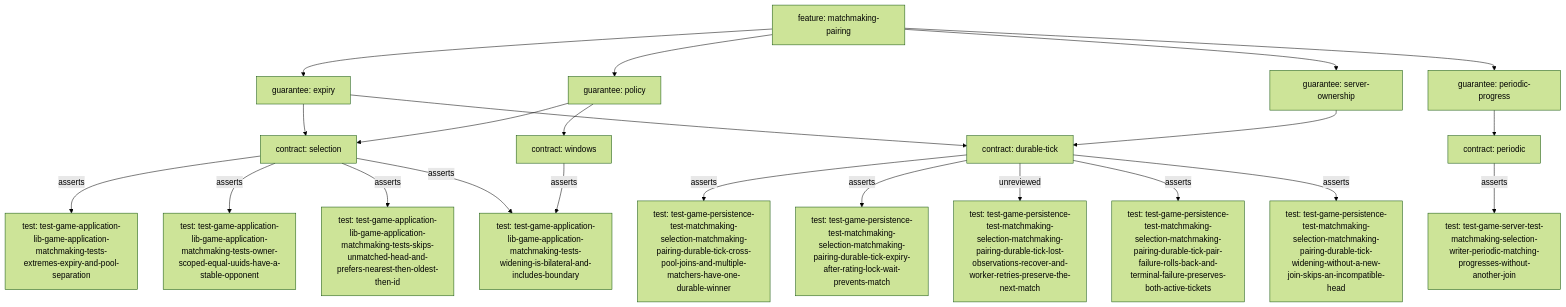
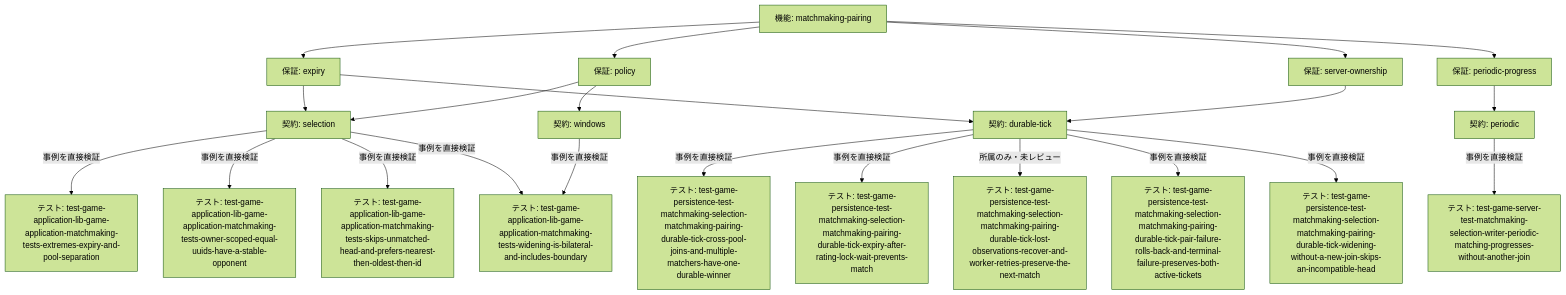
One commit to take44444/shogi-backend changed the diagram in docs/reference/traceability/matchmaking-pairing.md. Above: the diagram before and after it, drawn with Mermaid (forest theme). The commit also changed other lines of this file and 204 other files, not shown here.

````diff
--- a/docs/reference/traceability/matchmaking-pairing.md
+++ b/docs/reference/traceability/matchmaking-pairing.md
@@ -33,43 +33,43 @@
 ```mermaid
 flowchart TD
-    n0["feature: matchmaking-pairing"]
-    n1["guarantee: expiry"]
-    n2["guarantee: periodic-progress"]
-    n3["guarantee: policy"]
-    n4["guarantee: server-ownership"]
-    n5["contract: durable-tick"]
-    n6["contract: periodic"]
-    n7["contract: selection"]
-    n8["contract: windows"]
-    n9["test: test-game-application-lib-game-application-matchmaking-tests-extremes-expiry-and-pool-separation"]
-    n10["test: test-game-application-lib-game-application-matchmaking-tests-owner-scoped-equal-uuids-have-a-stable-opponent"]
-    n11["test: test-game-application-lib-game-application-matchmaking-tests-skips-unmatched-head-and-prefers-nearest-then-oldest-then-id"]
-    n12["test: test-game-application-lib-game-application-matchmaking-tests-widening-is-bilateral-and-includes-boundary"]
-    n13["test: test-game-persistence-test-matchmaking-selection-matchmaking-pairing-durable-tick-cross-pool-joins-and-multiple-matchers-have-one-durable-winner"]
-    n14["test: test-game-persistence-test-matchmaking-selection-matchmaking-pairing-durable-tick-expiry-after-rating-lock-wait-prevents-match"]
-    n15["test: test-game-persistence-test-matchmaking-selection-matchmaking-pairing-durable-tick-lost-observations-recover-and-worker-retries-preserve-the-next-match"]
-    n16["test: test-game-persistence-test-matchmaking-selection-matchmaking-pairing-durable-tick-pair-failure-rolls-back-and-terminal-failure-preserves-both-active-tickets"]
-    n17["test: test-game-persistence-test-matchmaking-selection-matchmaking-pairing-durable-tick-widening-without-a-new-join-skips-an-incompatible-head"]
-    n18["test: test-game-server-test-matchmaking-selection-writer-periodic-matching-progresses-without-another-join"]
+    n0["機能: matchmaking-pairing"]
+    n1["保証: expiry"]
+    n2["保証: periodic-progress"]
+    n3["保証: policy"]
+    n4["保証: server-ownership"]
+    n5["契約: durable-tick"]
+    n6["契約: periodic"]
+    n7["契約: selection"]
+    n8["契約: windows"]
+    n9["テスト: test-game-application-lib-game-application-matchmaking-tests-extremes-expiry-and-pool-separation"]
+    n10["テスト: test-game-application-lib-game-application-matchmaking-tests-owner-scoped-equal-uuids-have-a-stable-opponent"]
+    n11["テスト: test-game-application-lib-game-application-matchmaking-tests-skips-unmatched-head-and-prefers-nearest-then-oldest-then-id"]
+    n12["テスト: test-game-application-lib-game-application-matchmaking-tests-widening-is-bilateral-and-includes-boundary"]
+    n13["テスト: test-game-persistence-test-matchmaking-selection-matchmaking-pairing-durable-tick-cross-pool-joins-and-multiple-matchers-have-one-durable-winner"]
+    n14["テスト: test-game-persistence-test-matchmaking-selection-matchmaking-pairing-durable-tick-expiry-after-rating-lock-wait-prevents-match"]
+    n15["テスト: test-game-persistence-test-matchmaking-selection-matchmaking-pairing-durable-tick-lost-observations-recover-and-worker-retries-preserve-the-next-match"]
+    n16["テスト: test-game-persistence-test-matchmaking-selection-matchmaking-pairing-durable-tick-pair-failure-rolls-back-and-terminal-failure-preserves-both-active-tickets"]
+    n17["テスト: test-game-persistence-test-matchmaking-selection-matchmaking-pairing-durable-tick-widening-without-a-new-join-skips-an-incompatible-head"]
+    n18["テスト: test-game-server-test-matchmaking-selection-writer-periodic-matching-progresses-without-another-join"]
     n0 --> n1
     n1 --> n7
     n1 --> n5
     n0 --> n2
     n2 --> n6
     n0 --> n3
     n3 --> n8
     n3 --> n7
     n0 --> n4
     n4 --> n5
-    n5 -->|asserts| n13
-    n5 -->|asserts| n14
-    n5 -->|unreviewed| n15
-    n5 -->|asserts| n16
-    n5 -->|asserts| n17
-    n6 -->|asserts| n18
-    n7 -->|asserts| n9
-    n7 -->|asserts| n10
-    n7 -->|asserts| n11
-    n7 -->|asserts| n12
-    n8 -->|asserts| n12
+    n5 -->|事例を直接検証| n13
+    n5 -->|事例を直接検証| n14
+    n5 -->|所属のみ・未レビュー| n15
+    n5 -->|事例を直接検証| n16
+    n5 -->|事例を直接検証| n17
+    n6 -->|事例を直接検証| n18
+    n7 -->|事例を直接検証| n9
+    n7 -->|事例を直接検証| n10
+    n7 -->|事例を直接検証| n11
+    n7 -->|事例を直接検証| n12
+    n8 -->|事例を直接検証| n12
 ```
````
